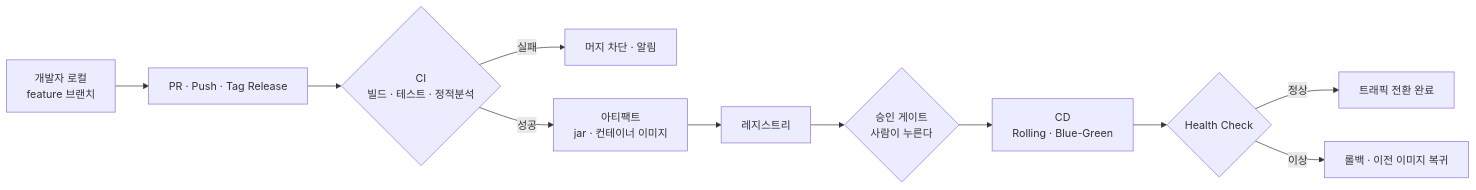
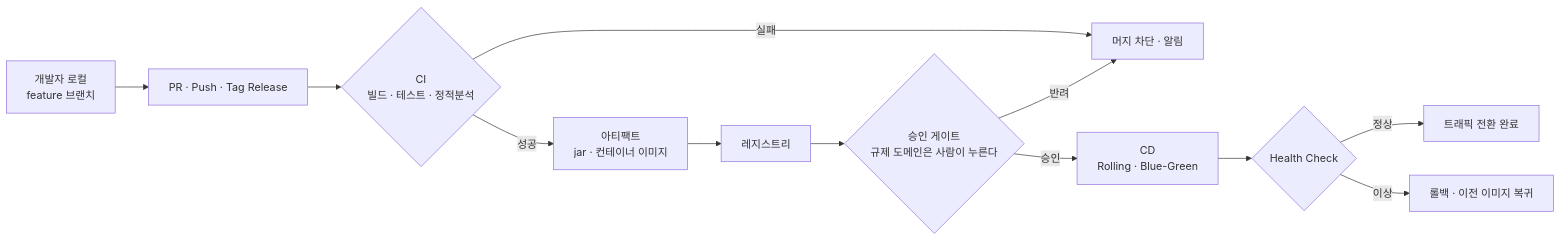
One commit to withwooyong/withwooyong.github.io changed the diagram in content/blog/backend-engineering/cicd-pipeline-fundamentals.md. Above: the diagram before and after it, drawn with Mermaid. The commit also changed other lines of this file, not shown here.

````diff
--- a/content/blog/backend-engineering/cicd-pipeline-fundamentals.md
+++ b/content/blog/backend-engineering/cicd-pipeline-fundamentals.md
@@ -38,13 +38,14 @@
 ```mermaid
 flowchart LR
     DEV["개발자 로컬<br/>feature 브랜치"] --> PR["PR · Push · Tag Release"]
     PR --> CI{"CI<br/>빌드 · 테스트 · 정적분석"}
     CI -->|실패| BLOCK["머지 차단 · 알림"]
     CI -->|성공| ART["아티팩트<br/>jar · 컨테이너 이미지"]
     ART --> REG["레지스트리"]
-    REG --> GATE{"승인 게이트<br/>사람이 누른다"}
-    GATE --> CD["CD<br/>Rolling · Blue-Green"]
+    REG --> GATE{"승인 게이트<br/>규제 도메인은 사람이 누른다"}
+    GATE -->|반려| BLOCK
+    GATE -->|승인| CD["CD<br/>Rolling · Blue-Green"]
     CD --> HC{"Health Check"}
     HC -->|정상| DONE["트래픽 전환 완료"]
     HC -->|이상| RB["롤백 · 이전 이미지 복귀"]
 ```
````
